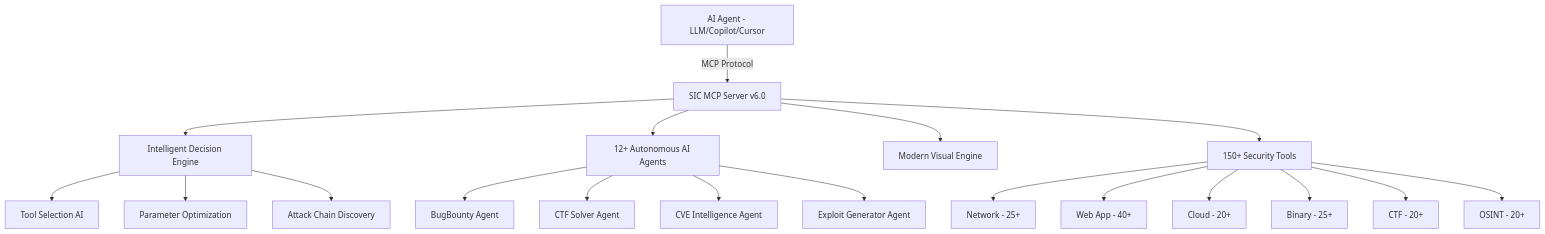
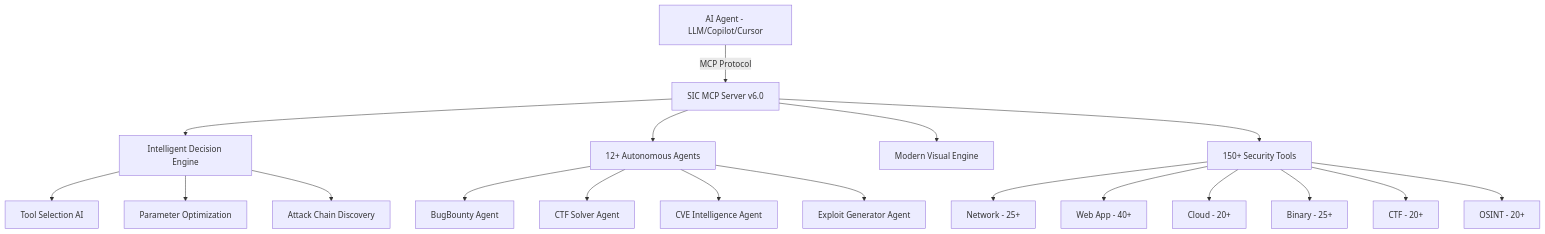
Before and after one commit to DevCraftXCoder/Security-Intelligence-Center: the diagram in README.md, drawn with Mermaid. The commit also changed other lines of this file, not shown here.

````diff
--- a/README.md
+++ b/README.md
@@ -111,25 +111,25 @@
 ```mermaid
 graph TD
     A[AI Agent - LLM/Copilot/Cursor] -->|MCP Protocol| B[SIC MCP Server v6.0]
 
     B --> C[Intelligent Decision Engine]
-    B --> D[12+ Autonomous AI Agents]
+    B --> D[12+ Autonomous Agents]
     B --> E[Modern Visual Engine]
 
     C --> F[Tool Selection AI]
     C --> G[Parameter Optimization]
     C --> H[Attack Chain Discovery]
 
     D --> I[BugBounty Agent]
     D --> J[CTF Solver Agent]
     D --> K[CVE Intelligence Agent]
     D --> L[Exploit Generator Agent]
 
     B --> P[150+ Security Tools]
     P --> Q[Network - 25+]
     P --> R[Web App - 40+]
     P --> S[Cloud - 20+]
     P --> T[Binary - 25+]
     P --> U[CTF - 20+]
     P --> V[OSINT - 20+]
 ```
````
